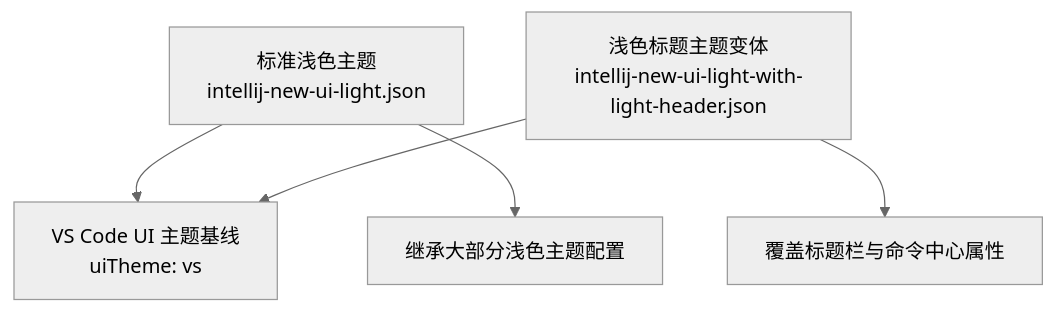
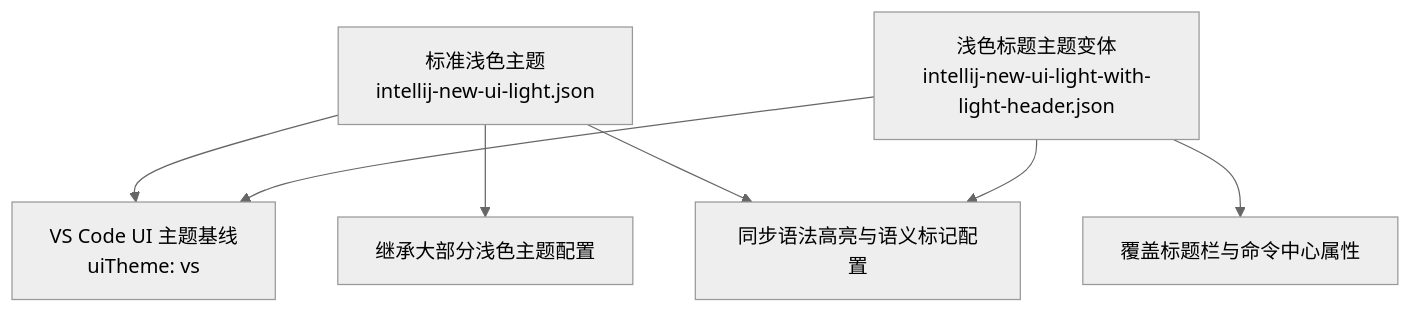
One commit to ferrymo/vscode-intellij-idea-new-ui-pretty changed the sixth of 6 diagrams in .qoder/repowiki/zh/content/主题特性/浅色标题主题.md. Above: the diagram before and after it, drawn with Mermaid (neutral theme). The commit also changed other lines of this file and 5 other files, not shown here.

````diff
--- a/.qoder/repowiki/zh/content/主题特性/浅色标题主题.md
+++ b/.qoder/repowiki/zh/content/主题特性/浅色标题主题.md
@@ -168,7 +244,9 @@
 ```mermaid
 graph TB
 L["标准浅色主题<br/>intellij-new-ui-light.json"] --> V["VS Code UI 主题基线<br/>uiTheme: vs"]
 H["浅色标题主题变体<br/>intellij-new-ui-light-with-light-header.json"] --> V
 H --> O["覆盖标题栏与命令中心属性"]
 L --> M["继承大部分浅色主题配置"]
+L --> S["同步语法高亮与语义标记配置"]
+H --> S
 ```
````
